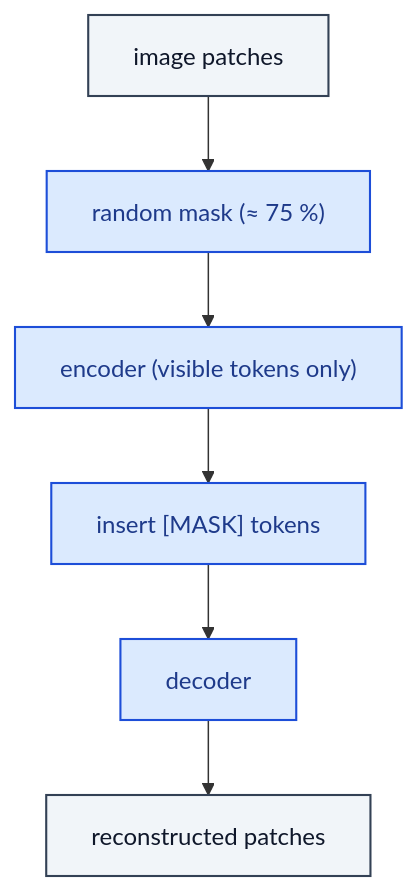
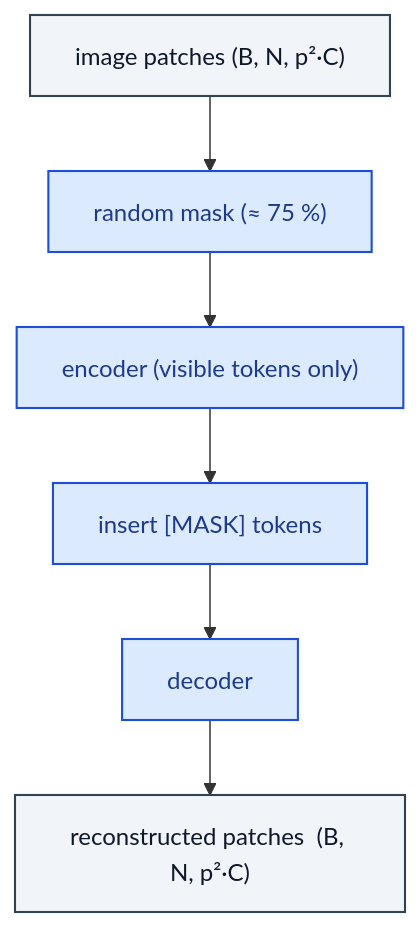
One commit to RealityShifts/Srivastava-book-of-Blocks-diagrams changed the diagram in vit/MaskedImageModeling.md. Above: the diagram before and after it, drawn with Mermaid. The commit also changed 123 other files, not shown here.

````diff
--- a/vit/MaskedImageModeling.md
+++ b/vit/MaskedImageModeling.md
@@ -7,23 +7,24 @@
 ```mermaid
 flowchart TD
-    n0_0["image patches"]:::io
+    n0_0["image patches  (B, N, p²·C)"]:::io
     n1_0["random mask (≈ 75 %)"]:::op
     n2_0["encoder  (visible tokens only)"]:::op
     n3_0["insert [MASK] tokens"]:::op
     n4_0["decoder"]:::op
-    n5_0["reconstructed patches"]:::io
+    n5_0["reconstructed patches  (B, N, p²·C)"]:::io
     n0_0 --> n1_0
     n1_0 --> n2_0
     n2_0 --> n3_0
     n3_0 --> n4_0
     n4_0 --> n5_0
     classDef io fill:#f1f5f9,stroke:#334155,stroke-width:1.4px,color:#0f172a
     classDef op fill:#dbeafe,stroke:#1d4ed8,stroke-width:1.4px,color:#1e3a8a
     classDef norm fill:#dcfce7,stroke:#15803d,stroke-width:1.4px,color:#14532d
     classDef act fill:#ffedd5,stroke:#c2410c,stroke-width:1.4px,color:#7c2d12
     classDef attn fill:#ede9fe,stroke:#6d28d9,stroke-width:1.4px,color:#4c1d95
     classDef merge fill:#fef3c7,stroke:#b45309,stroke-width:1.4px,color:#78350f
     classDef emb fill:#fef9c3,stroke:#a16207,stroke-width:1.4px,color:#713f12
     classDef loss fill:#fee2e2,stroke:#b91c1c,stroke-width:1.4px,color:#7f1d1d
     classDef ctrl fill:#f5f5f4,stroke:#52525b,stroke-width:1.4px,color:#27272a
+    classDef ref fill:#e0f2fe,stroke:#0369a1,stroke-width:2px,color:#0c4a6e,stroke-dasharray: 4 2
 ```
````
